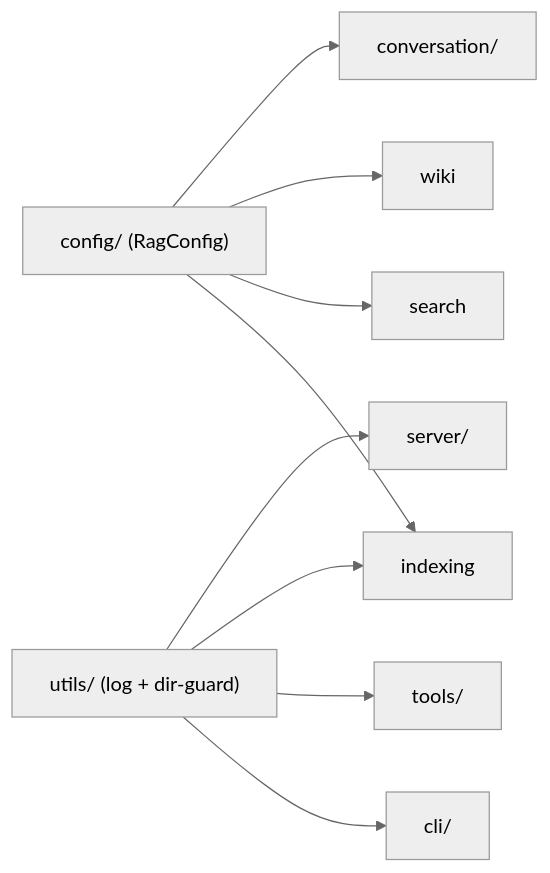
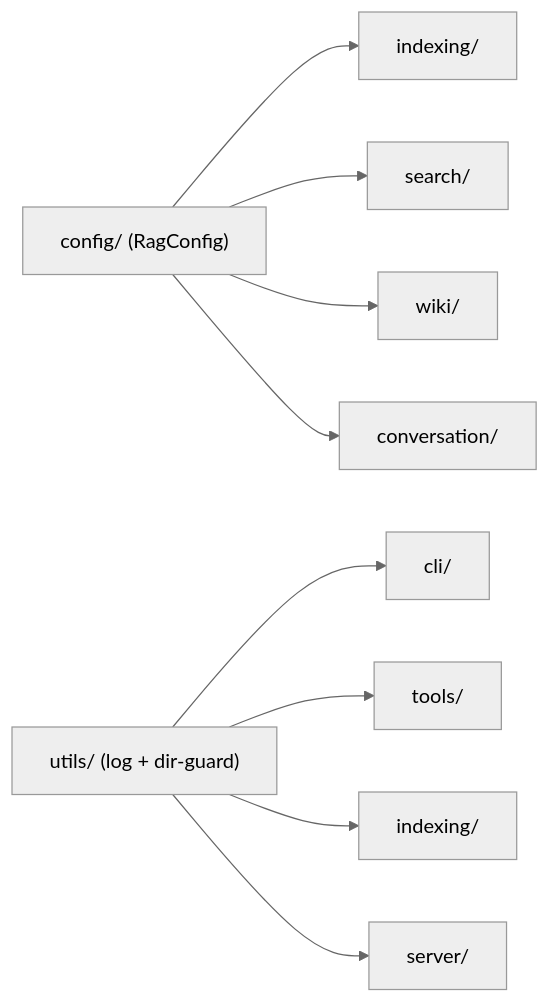
One commit to TheWinci/mimirs changed the second of 2 diagrams in wiki/architecture.md. Above: the diagram before and after it, drawn with Mermaid (neutral theme). The commit also changed other lines of this file and 33 other files, not shown here.

````diff
--- a/wiki/architecture.md
+++ b/wiki/architecture.md
@@ -54,13 +54,13 @@
 ```mermaid
 flowchart LR
-  config["config/ (RagConfig)"]
-  utils["utils/ (log + dir-guard)"]
-  config --> indexing
-  config --> search
-  config --> wiki
-  config --> conv["conversation/"]
-  utils --> cli["cli/"]
-  utils --> tools["tools/"]
-  utils --> indexing
-  utils --> server["server/"]
+  config_mod["config/ (RagConfig)"]
+  utils_mod["utils/ (log + dir-guard)"]
+  config_mod --> indexing_c["indexing/"]
+  config_mod --> search_c["search/"]
+  config_mod --> wiki_c["wiki/"]
+  config_mod --> conv_c["conversation/"]
+  utils_mod --> cli_c["cli/"]
+  utils_mod --> tools_c["tools/"]
+  utils_mod --> indexing_c2["indexing/"]
+  utils_mod --> server_c["server/"]
 ```
````
